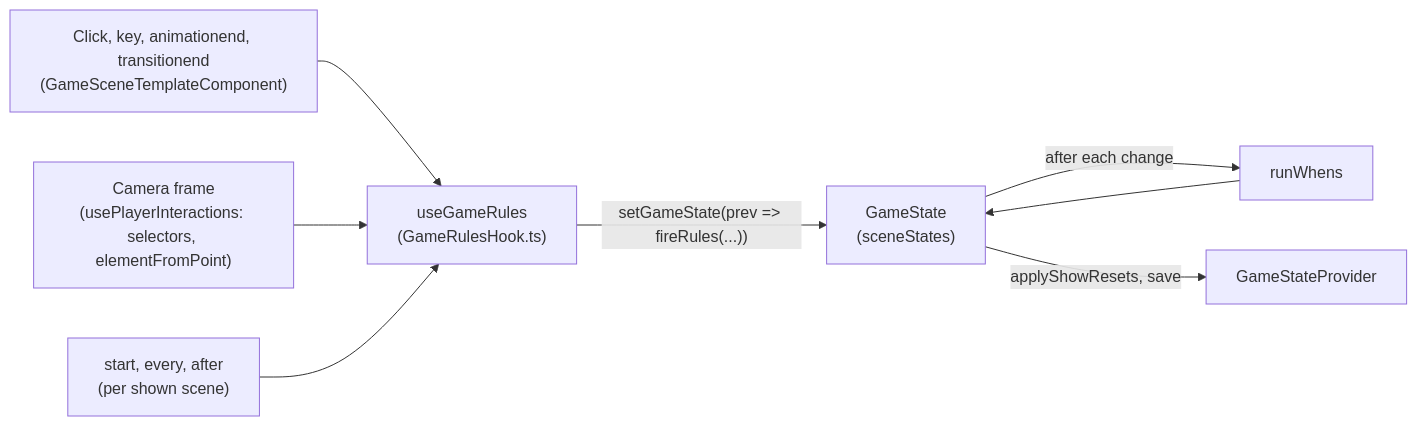
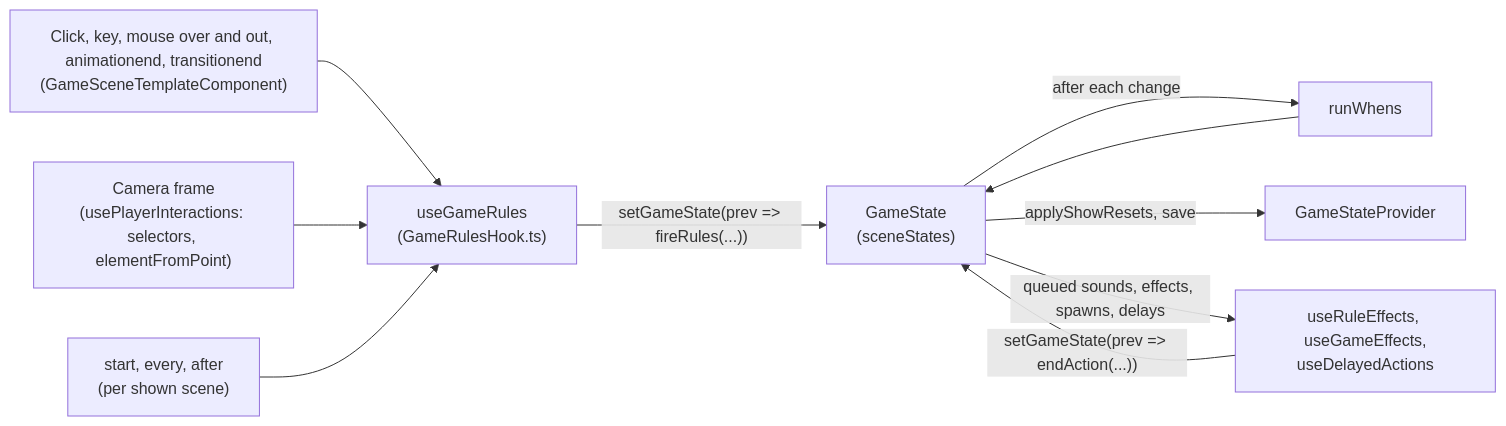
One commit to instantiator/footsteps changed the diagram in docs/dev-overview.md. Above: the diagram before and after it, drawn with Mermaid. The commit also changed other lines of this file and 10 other files, not shown here.

````diff
--- a/docs/dev-overview.md
+++ b/docs/dev-overview.md
@@ -129,10 +129,12 @@
 ```mermaid
 flowchart LR
-  click["Click, key, animationend, transitionend<br/>(GameSceneTemplateComponent)"] --> hook
+  click["Click, key, mouse over and out, animationend, transitionend<br/>(GameSceneTemplateComponent)"] --> hook
   camera["Camera frame<br/>(usePlayerInteractions: selectors, elementFromPoint)"] --> hook
   timers["start, every, after<br/>(per shown scene)"] --> hook
   hook["useGameRules<br/>(GameRulesHook.ts)"] -->|"setGameState(prev => fireRules(...))"| state["GameState<br/>(sceneStates)"]
   state -->|"after each change"| whens["runWhens"]
   whens --> state
   state -->|"applyShowResets, save"| provider["GameStateProvider"]
+  state -->|"queued sounds, effects, spawns, delays"| hooks["useRuleEffects, useGameEffects,<br/>useDelayedActions"]
+  hooks -->|"setGameState(prev => endAction(...))"| state
 ```
````
